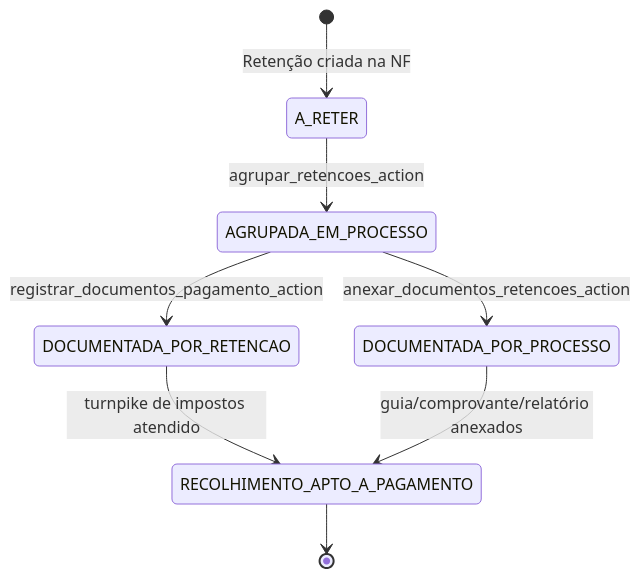
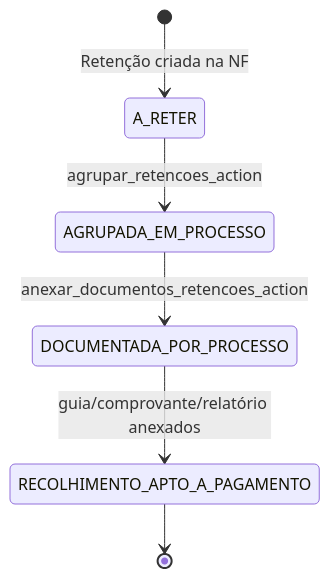
One commit to BS15/DjangoProject changed the diagram in docs/fluxos/retencoes.md. Above: the diagram before and after it, drawn with Mermaid. The commit also changed other lines of this file and 6 other files, not shown here.

First line of the commit message:
feat: remove retenção payment-document registration flow

````diff
--- a/docs/fluxos/retencoes.md
+++ b/docs/fluxos/retencoes.md
@@ -9,10 +9,8 @@
 ```mermaid
 stateDiagram-v2
     [*] --> A_RETER : Retenção criada na NF
     A_RETER --> AGRUPADA_EM_PROCESSO : agrupar_retencoes_action
-    AGRUPADA_EM_PROCESSO --> DOCUMENTADA_POR_RETENCAO : registrar_documentos_pagamento_action
     AGRUPADA_EM_PROCESSO --> DOCUMENTADA_POR_PROCESSO : anexar_documentos_retencoes_action
-    DOCUMENTADA_POR_RETENCAO --> RECOLHIMENTO_APTO_A_PAGAMENTO : turnpike de impostos atendido
     DOCUMENTADA_POR_PROCESSO --> RECOLHIMENTO_APTO_A_PAGAMENTO : guia/comprovante/relatório anexados
     RECOLHIMENTO_APTO_A_PAGAMENTO --> [*]
 ```
````
